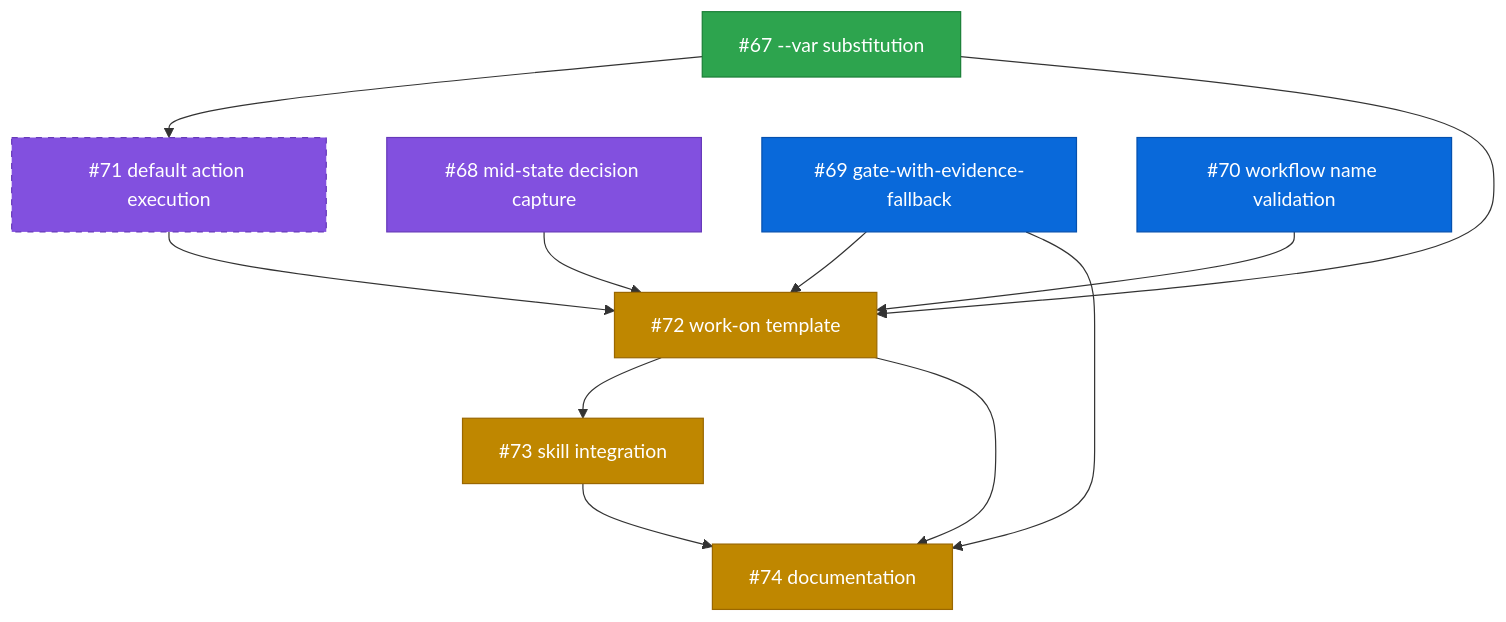
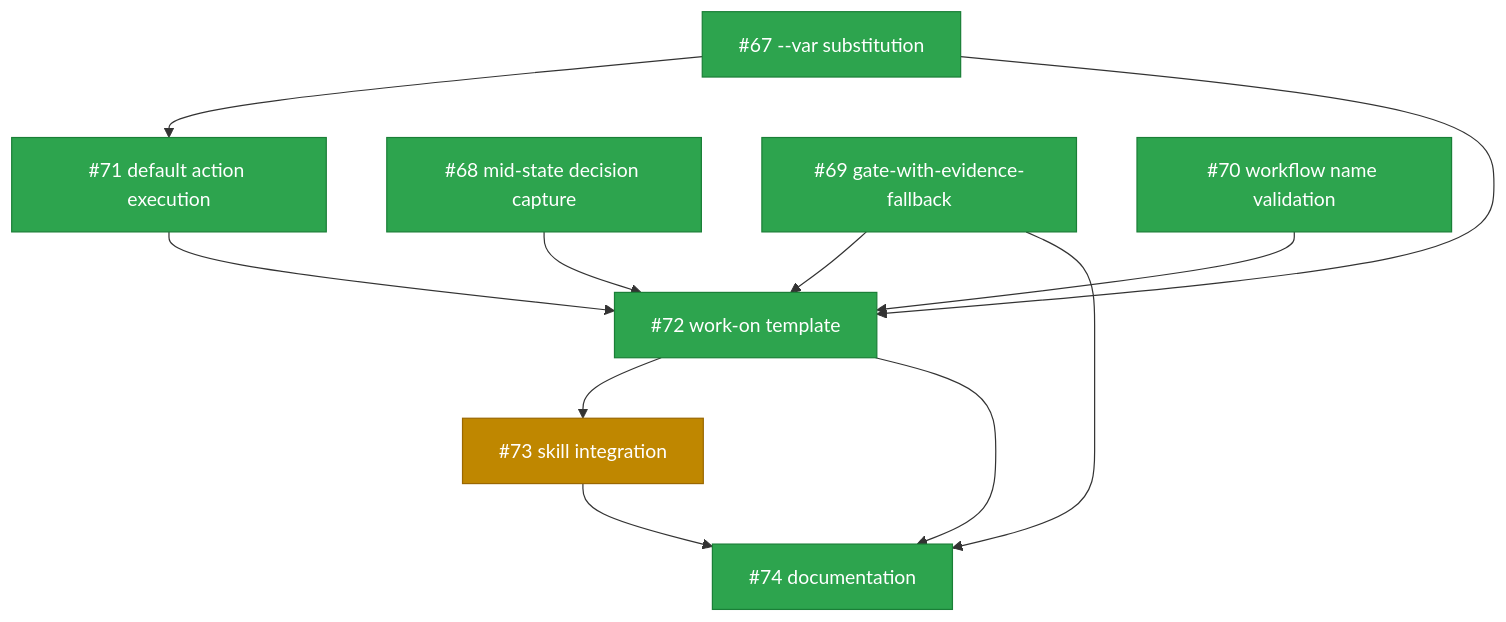
The diagram in docs/plans/PLAN-shirabe-work-on-template.md (tsukumogami/koto), drawn with Mermaid before and after one commit. The commit also changed other lines of this file and 9 other files, not shown here.

````diff
--- a/docs/plans/PLAN-shirabe-work-on-template.md
+++ b/docs/plans/PLAN-shirabe-work-on-template.md
@@ -47,38 +45,35 @@
 ```mermaid
 graph TD
     I67["#67 --var substitution"]
     I71["#71 default action execution"]
     I68["#68 mid-state decision capture"]
     I69["#69 gate-with-evidence-fallback"]
     I70["#70 workflow name validation"]
     I72["#72 work-on template"]
     I73["#73 skill integration"]
     I74["#74 documentation"]
 
     I67 --> I71
     I67 --> I72
     I71 --> I72
     I68 --> I72
     I69 --> I72
     I70 --> I72
     I69 --> I74
     I72 --> I73
     I72 --> I74
     I73 --> I74
 
     classDef done fill:#2da44e,stroke:#1a7f37,color:white
     classDef ready fill:#0969da,stroke:#0550ae,color:white
     classDef blocked fill:#bf8700,stroke:#9a6700,color:white
     classDef needsDesign fill:#8250df,stroke:#6639ba,color:white
     classDef needsPrd fill:#cf222e,stroke:#a40e26,color:white
     classDef needsSpike fill:#bf3989,stroke:#99286e,color:white
     classDef needsDecision fill:#e16f24,stroke:#b35900,color:white
     classDef tracksDesign fill:#8250df,stroke:#6639ba,color:white,stroke-dasharray: 5 5
     classDef tracksPlan fill:#0969da,stroke:#0550ae,color:white,stroke-dasharray: 5 5
 
-    class I67 done
-    class I68 needsDesign
-    class I71 tracksDesign
-    class I69,I70 ready
-    class I72,I73,I74 blocked
+    class I67,I68,I69,I70,I71,I72,I74 done
+    class I73 blocked
 ```
````
